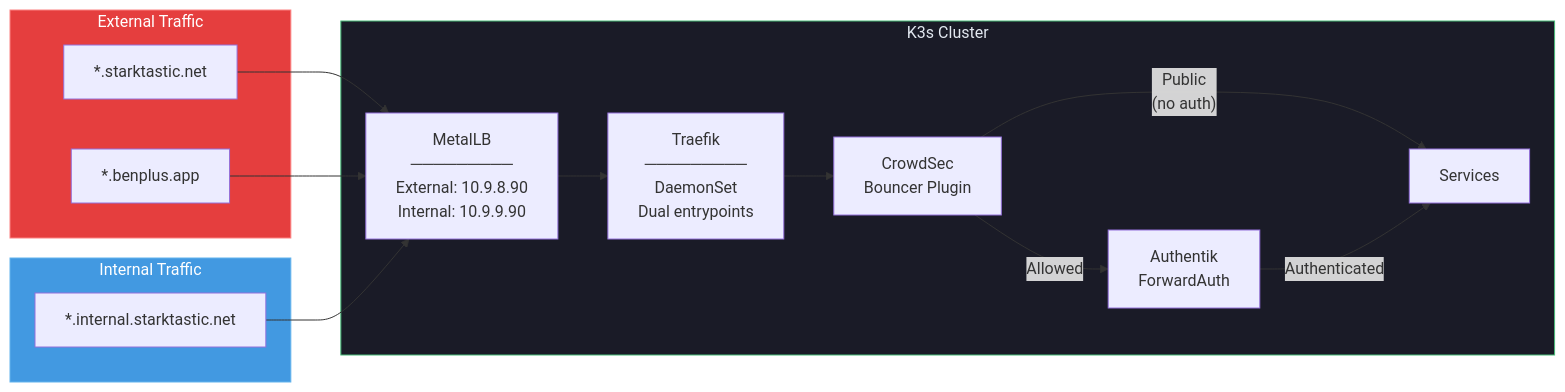
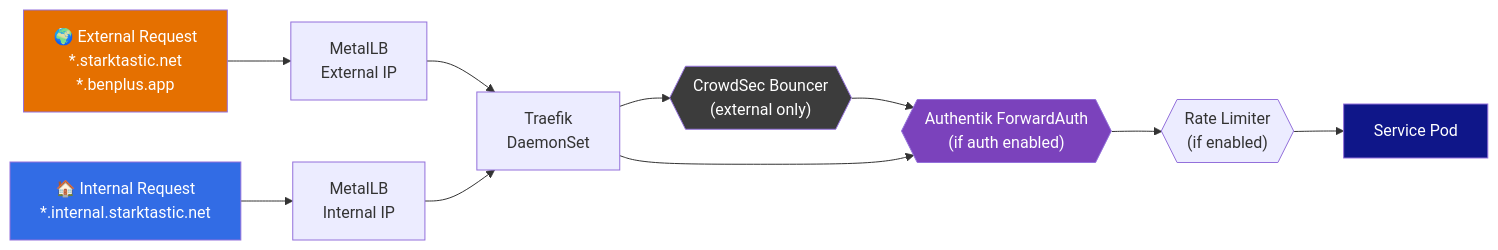
Before and after one commit to Starktastic-Homelab/apps: the third of 5 diagrams in README.md, drawn with Mermaid. The commit also changed other lines of this file, not shown here.

Commit message:
docs: rewrite README with diagrams and pipeline documentation

````diff
--- a/README.md
+++ b/README.md
@@ -70,31 +185,23 @@
 ```mermaid
 flowchart LR
-    subgraph external["External Traffic"]
-        Public["*.starktastic.net"]
-        Media["*.benplus.app"]
-    end
+    EXT["🌍 External Request\n*.starktastic.net\n*.benplus.app"]
+    INT["🏠 Internal Request\n*.internal.starktastic.net"]
 
-    subgraph internal["Internal Traffic"]
-        Int["*.internal.starktastic.net"]
-    end
+    EXT --> LB_EXT["MetalLB\nExternal IP"]
+    INT --> LB_INT["MetalLB\nInternal IP"]
 
-    subgraph cluster["K3s Cluster"]
-        LB["MetalLB\n─────────\nExternal: 10.9.8.90\nInternal: 10.9.9.90"]
-        Traefik["Traefik\n─────────\nDaemonSet\nDual entrypoints"]
-        CrowdSec["CrowdSec\nBouncer Plugin"]
-        Authentik["Authentik\nForwardAuth"]
-        Apps["Services"]
-    end
+    LB_EXT --> TFK["Traefik\nDaemonSet"]
+    LB_INT --> TFK
 
-    Public & Media --> LB
-    Int --> LB
-    LB --> Traefik
-    Traefik --> CrowdSec
-    CrowdSec -- "Allowed" --> Authentik
-    CrowdSec -- "Public\n(no auth)" --> Apps
-    Authentik -- "Authenticated" --> Apps
+    TFK --> CS{{"CrowdSec Bouncer\n(external only)"}}
+    CS --> AUTH{{"Authentik ForwardAuth\n(if auth enabled)"}}
+    TFK --> AUTH
+    AUTH --> RL{{"Rate Limiter\n(if enabled)"}}
+    RL --> SVC["Service Pod"]
 
-    style external fill:#e53e3e,stroke:#fc8181,color:#fff
-    style internal fill:#4299e1,stroke:#63b3ed,color:#fff
-    style cluster fill:#1a1b27,stroke:#48bb78,color:#e2e8f0
+    style EXT fill:#E57000,color:#fff
+    style INT fill:#326CE5,color:#fff
+    style CS fill:#3C3C3C,color:#fff
+    style AUTH fill:#7B42BC,color:#fff
+    style SVC fill:#0F1689,color:#fff
 ```
````
